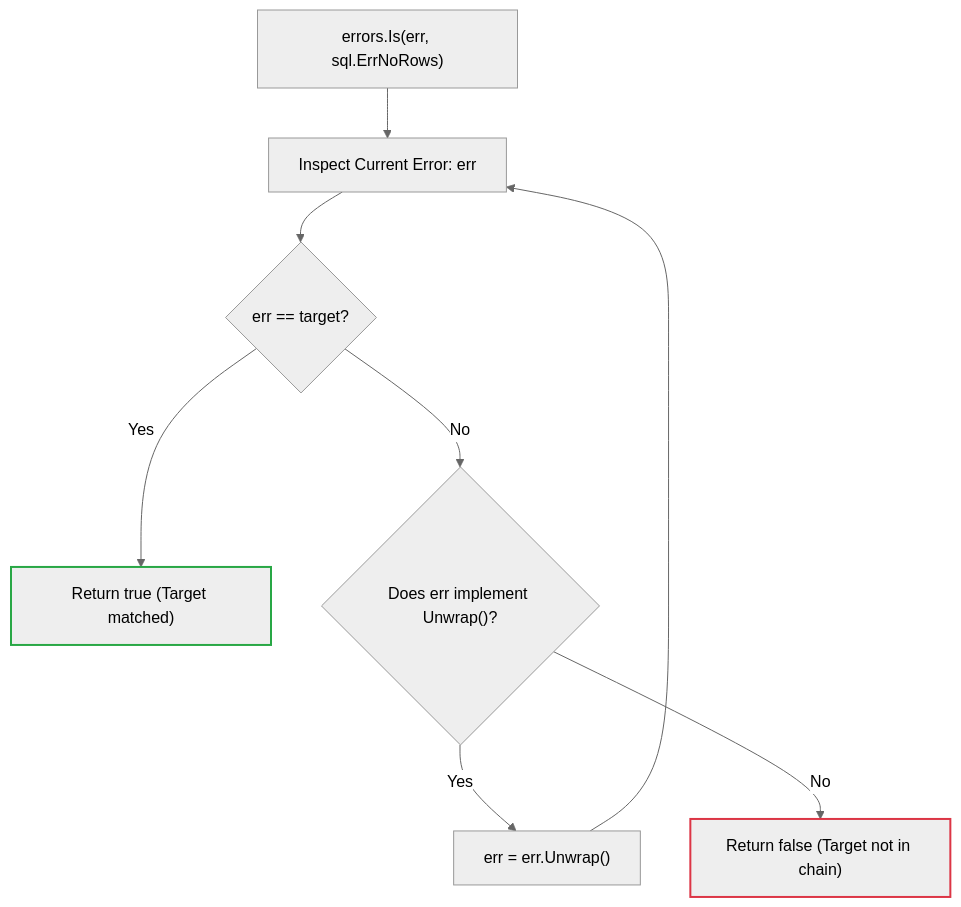
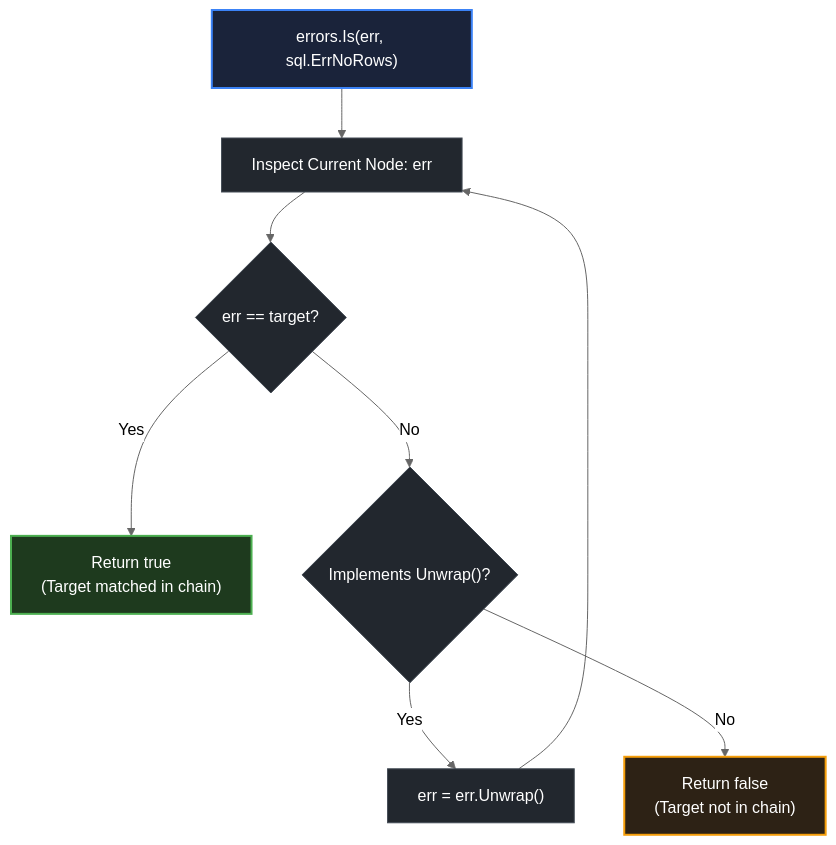
The diagram in curriculum/modules/04-functions-errors-data-semantics/lessons/11-errors-is/README.md (swe-labs/the-go-engineer), drawn with Mermaid (neutral theme) before and after one commit. The commit also changed other lines of this file and 32 other files, not shown here.

````diff
--- a/curriculum/modules/04-functions-errors-data-semantics/lessons/11-errors-is/README.md
+++ b/curriculum/modules/04-functions-errors-data-semantics/lessons/11-errors-is/README.md
@@ -17,14 +19,22 @@
 ```mermaid
 flowchart TD
-    QUERY["errors.Is(err, sql.ErrNoRows)"]
+    classDef frontDoor fill:#1a233a,stroke:#3b82f6,stroke-width:2px,color:#ffffff;
+    classDef exitGate fill:#1e3a1e,stroke:#4caf50,stroke-width:2px,color:#ffffff;
+    classDef standardNode fill:#22272e,stroke:#444c56,stroke-width:1px,color:#ffffff;
+    classDef capstoneNode fill:#2d2215,stroke:#f59e0b,stroke-width:2px,color:#ffffff;
 
-    QUERY --> TOP["Inspect Current Error: err"]
-    TOP --> MATCH{"err == target?"}
-    MATCH -->|Yes| FOUND["Return true (Target matched)"]
-    MATCH -->|No| UNWRAP{"Does err implement Unwrap()?"}
-    UNWRAP -->|Yes| NEXT["err = err.Unwrap()"] --> TOP
-    UNWRAP -->|No| NOT_FOUND["Return false (Target not in chain)"]
+    QUERY["errors.Is(err, sql.ErrNoRows)"]:::frontDoor
+    TOP["Inspect Current Node: err"]:::standardNode
+    MATCH{"err == target?"}:::standardNode
+    FOUND["Return true<br/>(Target matched in chain)"]:::exitGate
+    UNWRAP{"Implements Unwrap()?"}:::standardNode
+    NEXT["err = err.Unwrap()"]:::standardNode
+    NOT_FOUND["Return false<br/>(Target not in chain)"]:::capstoneNode
 
-    style FOUND stroke:#28a745,stroke-width:2px
-    style NOT_FOUND stroke:#dc3545,stroke-width:2px
+    QUERY --> TOP
+    TOP --> MATCH
+    MATCH -->|Yes| FOUND
+    MATCH -->|No| UNWRAP
+    UNWRAP -->|Yes| NEXT --> TOP
+    UNWRAP -->|No| NOT_FOUND
 ```
````
